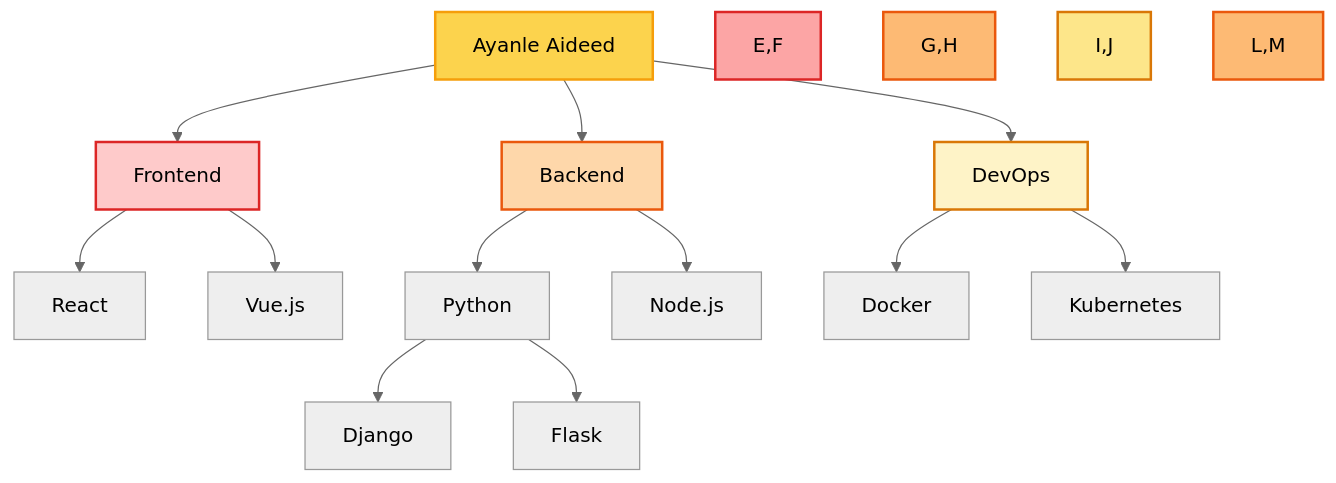
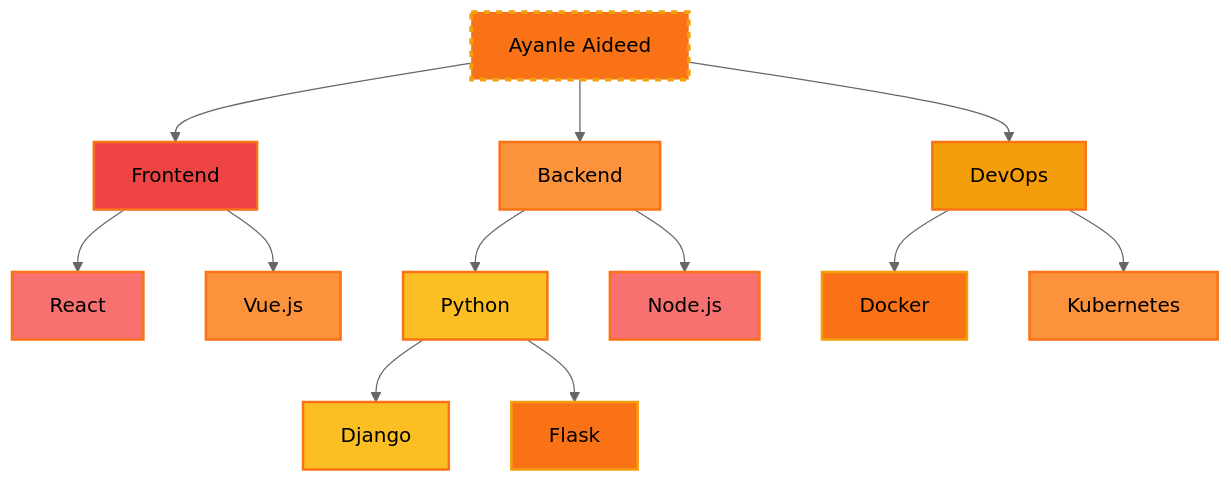
The diagram in README.md (Ayanleaideed/Ayanleaideed), drawn with Mermaid (neutral theme) before and after one commit. The commit also changed other lines of this file, not shown here.

````diff
--- a/README.md
+++ b/README.md
@@ -94,22 +94,26 @@
 ```mermaid
 graph TD
-    A[Ayanle Aideed] --> B[Frontend]
-    A --> C[Backend]
-    A --> D[DevOps]
-    B --> E[React]
-    B --> F[Vue.js]
-    C --> G[Python]
-    C --> H[Node.js]
-    D --> I[Docker]
-    D --> J[Kubernetes]
-    G --> L[Django]
-    G --> M[Flask]
-    style A fill:#FCD34D,stroke:#F59E0B,stroke-width:2px
-    style B fill:#FECACA,stroke:#DC2626,stroke-width:2px
-    style C fill:#FED7AA,stroke:#EA580C,stroke-width:2px
-    style D fill:#FEF3C7,stroke:#D97706,stroke-width:2px
-    style E,F fill:#FCA5A5,stroke:#DC2626,stroke-width:2px
-    style G,H fill:#FDBA74,stroke:#EA580C,stroke-width:2px
-    style I,J fill:#FDE68A,stroke:#D97706,stroke-width:2px
-    style L,M fill:#FDBA74,stroke:#EA580C,stroke-width:2px
+      A[Ayanle Aideed] --> B[Frontend]
+      A --> C[Backend]
+      A --> D[DevOps]
+      B --> E[React]
+      B --> F[Vue.js]
+      C --> G[Python]
+      C --> H[Node.js]
+      D --> I[Docker]
+      D --> J[Kubernetes]
+      G --> L[Django]
+      G --> M[Flask]
+      style A fill:#F97316,stroke:#F59E0B,stroke-width:3px,stroke-dasharray: 5 5
+      style B fill:#EF4444,stroke:#F97316,stroke-width:2px
+      style C fill:#FB923C,stroke:#F97316,stroke-width:2px
+      style D fill:#F59E0B,stroke:#F97316,stroke-width:2px
+      style E fill:#F87171,stroke:#F97316,stroke-width:2px
+      style F fill:#FB923C,stroke:#F97316,stroke-width:2px
+      style G fill:#FBBF24,stroke:#F97316,stroke-width:2px
+      style H fill:#F87171,stroke:#F97316,stroke-width:2px
+      style I fill:#F97316,stroke:#F59E0B,stroke-width:2px
+      style J fill:#FB923C,stroke:#F97316,stroke-width:2px
+      style L fill:#FBBF24,stroke:#F97316,stroke-width:2px
+      style M fill:#F97316,stroke:#F59E0B,stroke-width:2px
 ```
````
